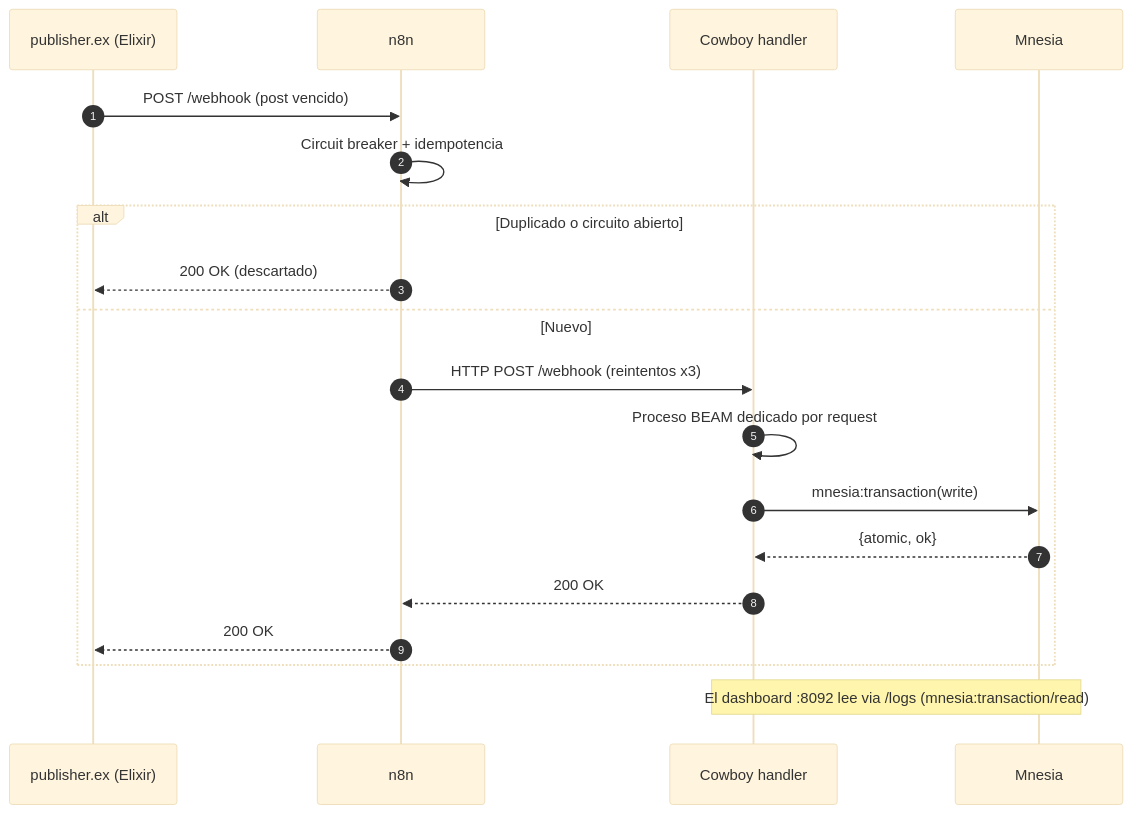
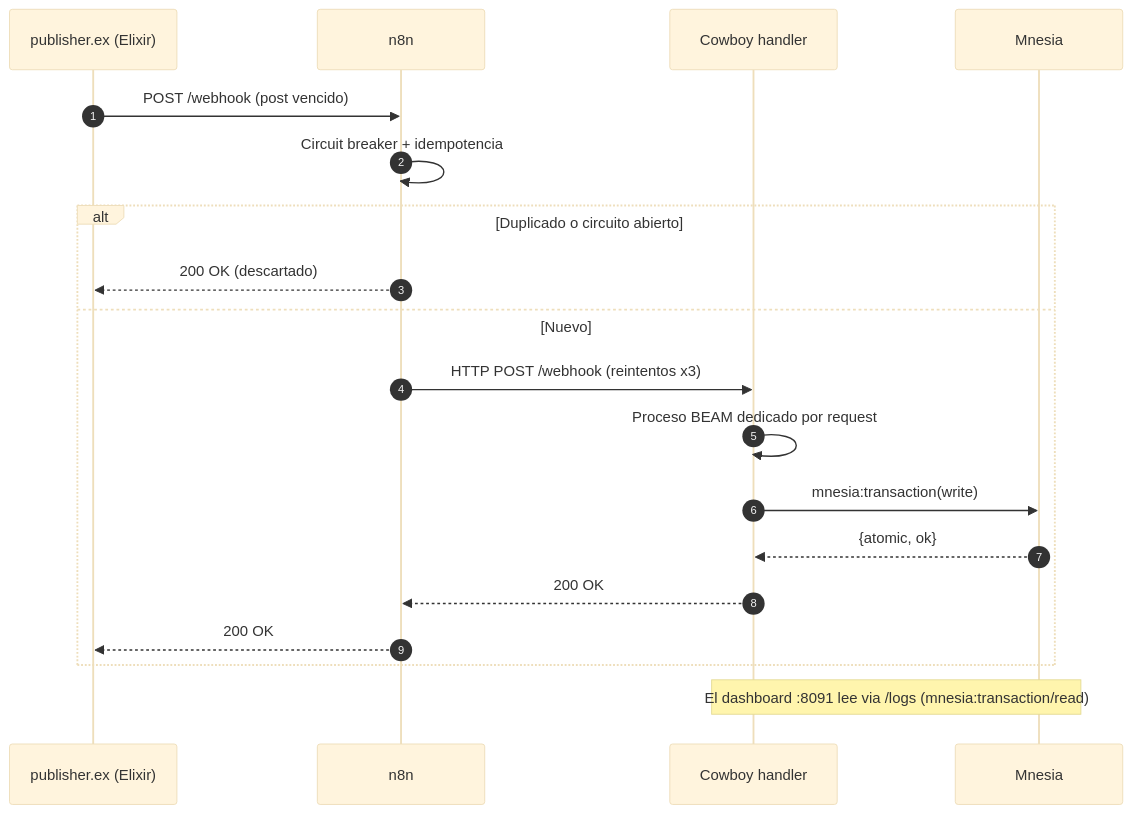
One commit to vladimiracunadev-create/social-bot-scheduler changed the second of 2 diagrams in cases/11-elixir-to-erlang/ARCHITECTURE.md. Above: the diagram before and after it, drawn with Mermaid. The commit also changed other lines of this file and 26 other files, not shown here.

````diff
--- a/cases/11-elixir-to-erlang/ARCHITECTURE.md
+++ b/cases/11-elixir-to-erlang/ARCHITECTURE.md
@@ -69,23 +69,23 @@
 ```mermaid
 %%{init: {'theme':'base','themeVariables':{'fontSize':'24px','fontFamily':'Segoe UI, Arial, sans-serif'},'sequence':{'useMaxWidth':true,'actorFontSize':22,'messageFontSize':20,'noteFontSize':18,'actorMargin':90,'boxMargin':16,'width':180}}}%%
 sequenceDiagram
     autonumber
     participant Ex as publisher.ex (Elixir)
     participant N8N as n8n
     participant Cow as Cowboy handler
     participant Mn as Mnesia
 
     Ex->>N8N: POST /webhook (post vencido)
     N8N->>N8N: Circuit breaker + idempotencia
     alt Duplicado o circuito abierto
         N8N-->>Ex: 200 OK (descartado)
     else Nuevo
         N8N->>Cow: HTTP POST /webhook (reintentos x3)
         Cow->>Cow: Proceso BEAM dedicado por request
         Cow->>Mn: mnesia:transaction(write)
         Mn-->>Cow: {atomic, ok}
         Cow-->>N8N: 200 OK
         N8N-->>Ex: 200 OK
     end
-    Note over Cow,Mn: El dashboard :8092 lee via /logs (mnesia:transaction/read)
+    Note over Cow,Mn: El dashboard :8091 lee via /logs (mnesia:transaction/read)
 ```
````
